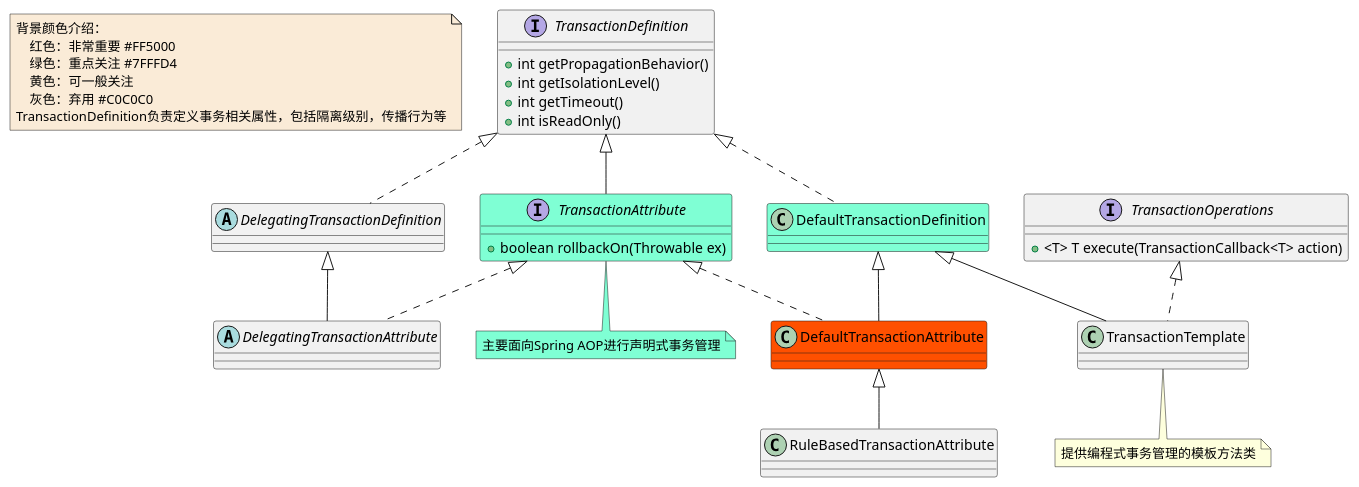
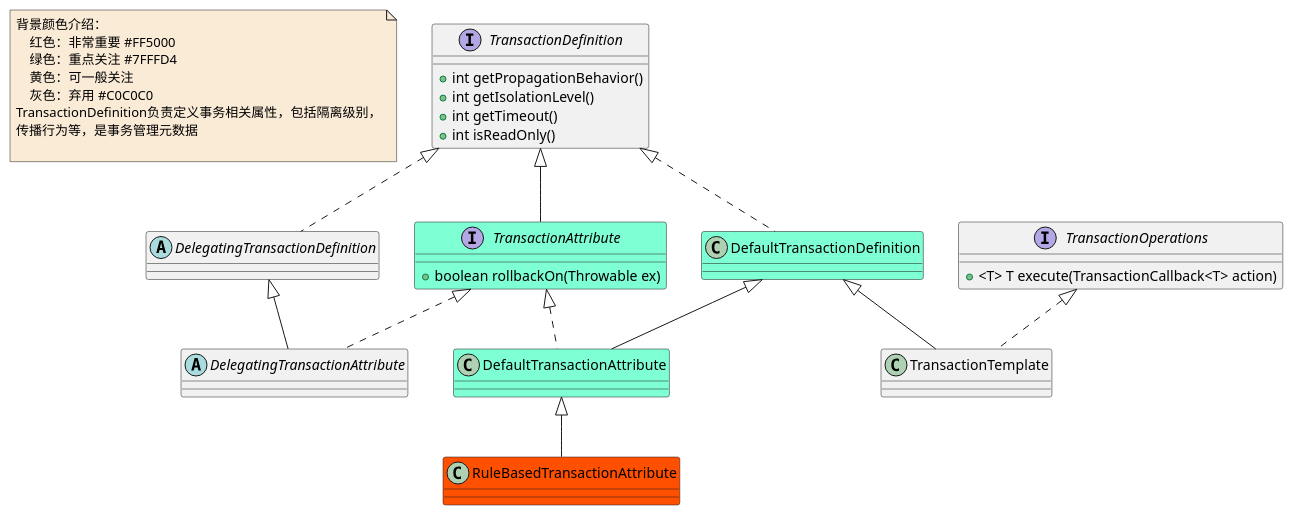
One commit to czwer/learn-spring-code changed the diagram in document/spring/data/class/Transaction-TransactionDefinition-class.puml. Above: the diagram before and after it, drawn with PlantUML. The commit also changed 23 other files, not shown here.

```diff
--- a/document/spring/data/class/Transaction-TransactionDefinition-class.puml
+++ b/document/spring/data/class/Transaction-TransactionDefinition-class.puml
@@ -1,52 +1,52 @@
 @startuml
 
 note  as N1 #FAEBD7
     背景颜色介绍：
         红色：非常重要 #FF5000
         绿色：重点关注 #7FFFD4
         黄色：可一般关注
         灰色：弃用 #C0C0C0
-    TransactionDefinition负责定义事务相关属性，包括隔离级别，传播行为等
+    TransactionDefinition负责定义事务相关属性，包括隔离级别，
+    传播行为等，是事务管理元数据
+
 end note
 
 interface TransactionDefinition
 TransactionDefinition : +int getPropagationBehavior()
 TransactionDefinition : +int getIsolationLevel()
 TransactionDefinition : +int getTimeout()
 TransactionDefinition : +int isReadOnly()
-class DefaultTransactionAttribute  #FF5000
+class DefaultTransactionAttribute #7FFFD4
 class DefaultTransactionDefinition #7FFFD4
 abstract class DelegatingTransactionAttribute
 abstract class DelegatingTransactionDefinition
-class RuleBasedTransactionAttribute
+class RuleBasedTransactionAttribute #FF5000
 interface TransactionAttribute #7FFFD4
 TransactionAttribute : + boolean rollbackOn(Throwable ex)
-note bottom #7FFFD4: 主要面向Spring AOP进行声明式事务管理
 class TransactionTemplate
-note bottom : 提供编程式事务管理的模板方法类
 
 
 interface TransactionOperations
 TransactionOperations : +<T> T execute(TransactionCallback<T> action)
 
 DefaultTransactionAttribute <|-- RuleBasedTransactionAttribute
 
 DefaultTransactionDefinition <|-- DefaultTransactionAttribute
 DefaultTransactionDefinition <|-- TransactionTemplate
 
 
 DelegatingTransactionDefinition <|-- DelegatingTransactionAttribute
 
 
 TransactionAttribute <|.. DefaultTransactionAttribute
 TransactionAttribute <|.. DelegatingTransactionAttribute
 
 
 TransactionDefinition <|.. DefaultTransactionDefinition
 TransactionDefinition <|.. DelegatingTransactionDefinition
 TransactionDefinition <|-- TransactionAttribute
 
 TransactionOperations <|.. TransactionTemplate
 
 
 @enduml
```
